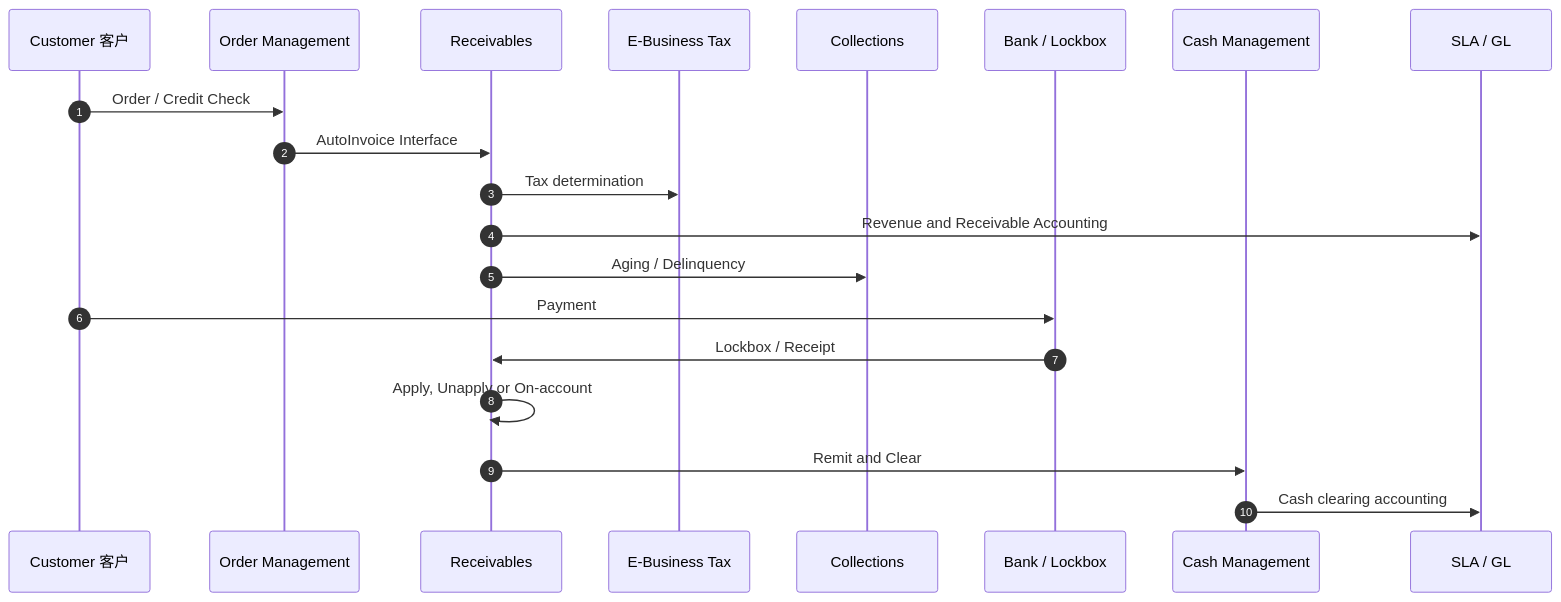
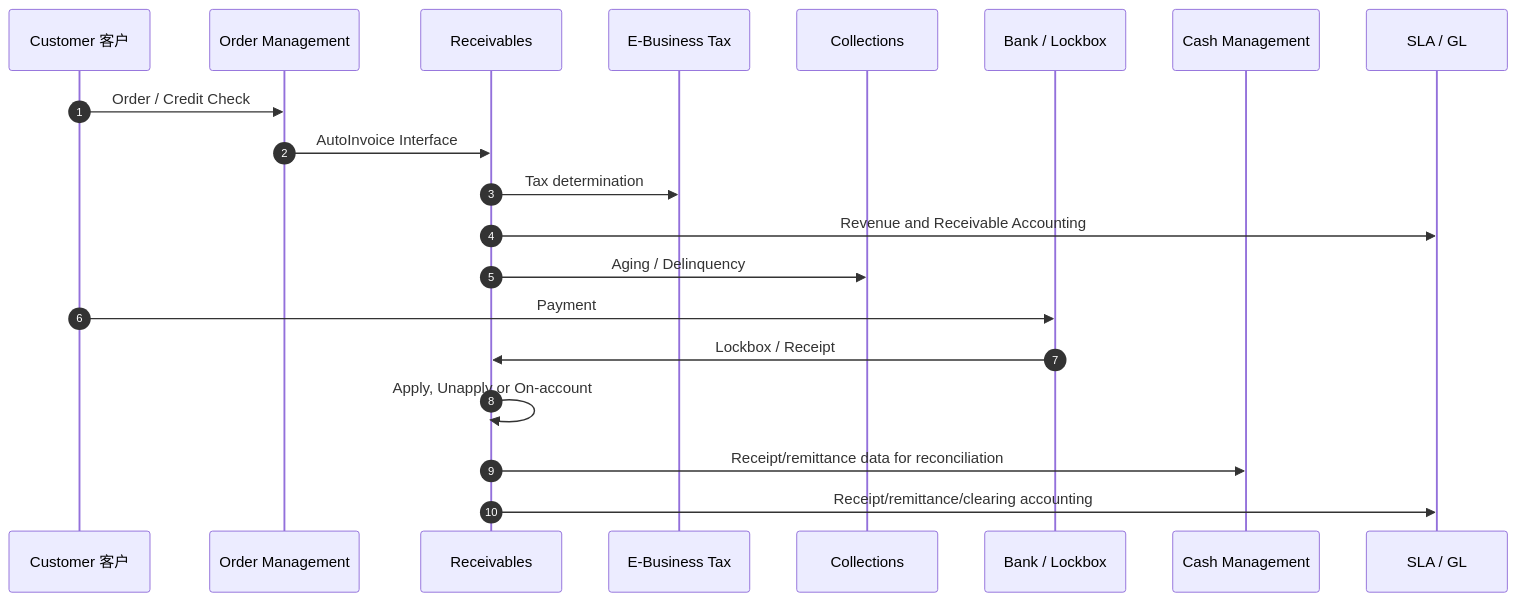
Before and after one commit to YaodongJava/oracle-ebs: the third of 4 diagrams in docs/04-credit-to-cash.md, drawn with Mermaid. The commit also changed other lines of this file and 25 other files, not shown here.

````diff
--- a/docs/04-credit-to-cash.md
+++ b/docs/04-credit-to-cash.md
@@ -80,23 +140,23 @@
 ```mermaid
 sequenceDiagram
     autonumber
     participant CUST as Customer 客户
     participant OM as Order Management
     participant AR as Receivables
     participant ZX as E-Business Tax
     participant COL as Collections
     participant BANK as Bank / Lockbox
     participant CE as Cash Management
     participant SLA as SLA / GL
 
     CUST->>OM: Order / Credit Check
     OM->>AR: AutoInvoice Interface
     AR->>ZX: Tax determination
     AR->>SLA: Revenue and Receivable Accounting
     AR->>COL: Aging / Delinquency
     CUST->>BANK: Payment
     BANK->>AR: Lockbox / Receipt
     AR->>AR: Apply, Unapply or On-account
-    AR->>CE: Remit and Clear
-    CE->>SLA: Cash clearing accounting
+    AR->>CE: Receipt/remittance data for reconciliation
+    AR->>SLA: Receipt/remittance/clearing accounting
 ```
````
